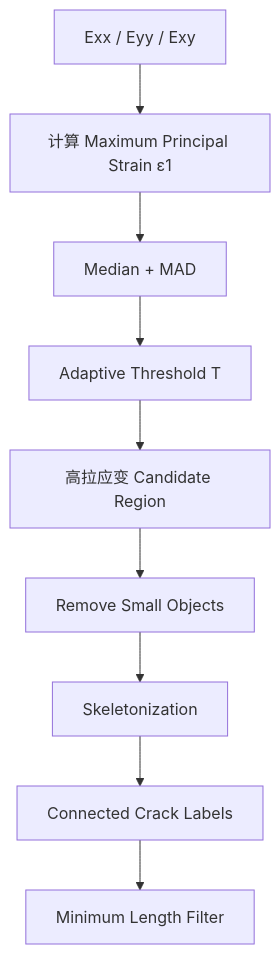
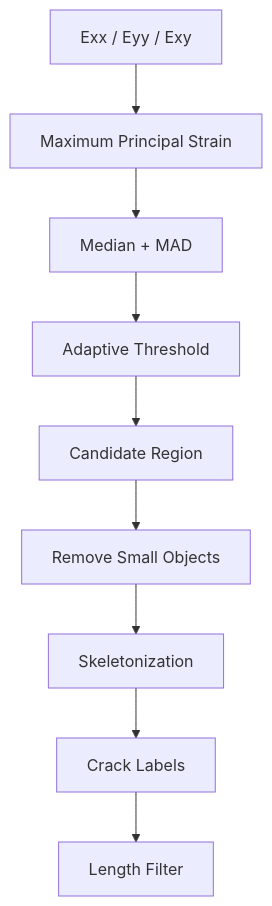
The third of 6 diagrams in README.md (liqinglq666/CrackVision-DIC), drawn with Mermaid before and after one commit. The commit also changed other lines of this file, not shown here.

Commit message:
docs: fix GitHub README math rendering and simplify diagrams

````diff
--- a/README.md
+++ b/README.md
@@ -404,11 +354,11 @@
 ```mermaid
 flowchart TD
-    A[Exx / Eyy / Exy] --> B[计算 Maximum Principal Strain ε1]
+    A[Exx / Eyy / Exy] --> B[Maximum Principal Strain]
     B --> C[Median + MAD]
-    C --> D[Adaptive Threshold T]
-    D --> E[高拉应变 Candidate Region]
+    C --> D[Adaptive Threshold]
+    D --> E[Candidate Region]
     E --> F[Remove Small Objects]
     F --> G[Skeletonization]
-    G --> H[Connected Crack Labels]
-    H --> I[Minimum Length Filter]
+    G --> H[Crack Labels]
+    H --> I[Length Filter]
 ```
````
